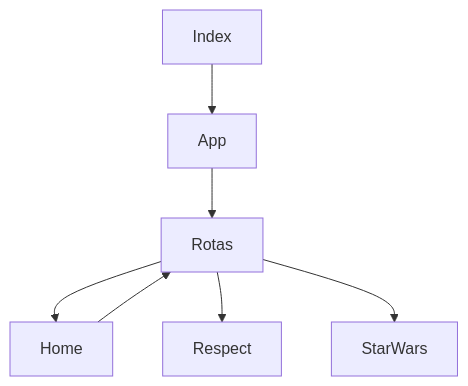
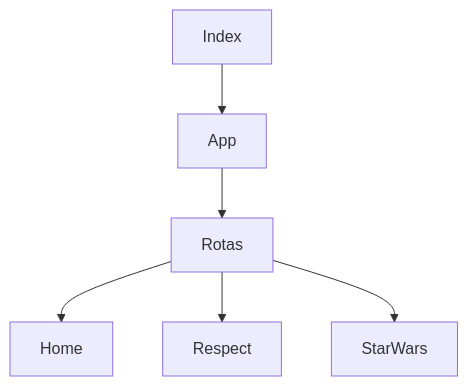
Before and after one commit to MQ-J/ReactMobile: the diagram in README.md, drawn with Mermaid.

Commit message:
att README's flow chart

````diff
--- a/README.md
+++ b/README.md
@@ -15,9 +15,8 @@
 ```mermaid
 graph TD;
     Index-->App;
     App-->Rotas;
     Rotas-->Home;
-    Home-->Rotas;
     Rotas-->Respect;
     Rotas-->StarWars;
 ```
````
